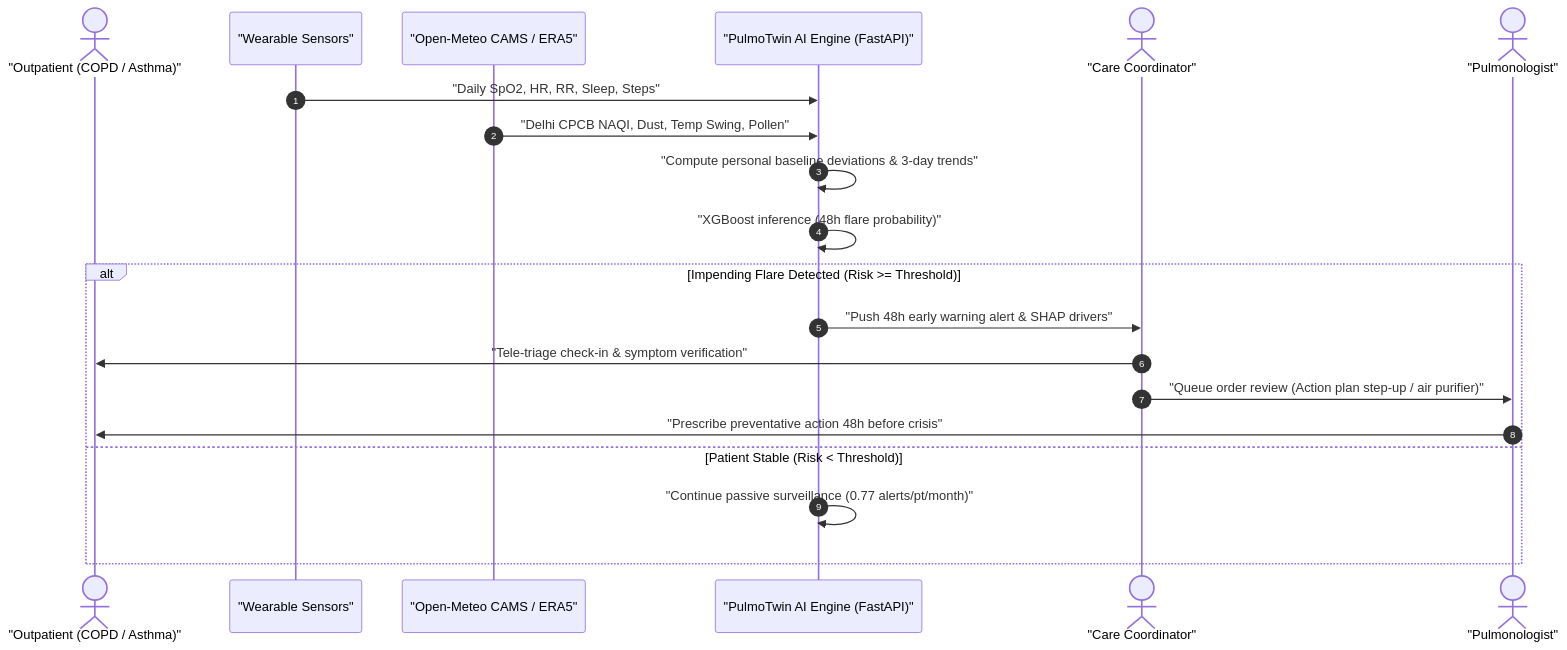
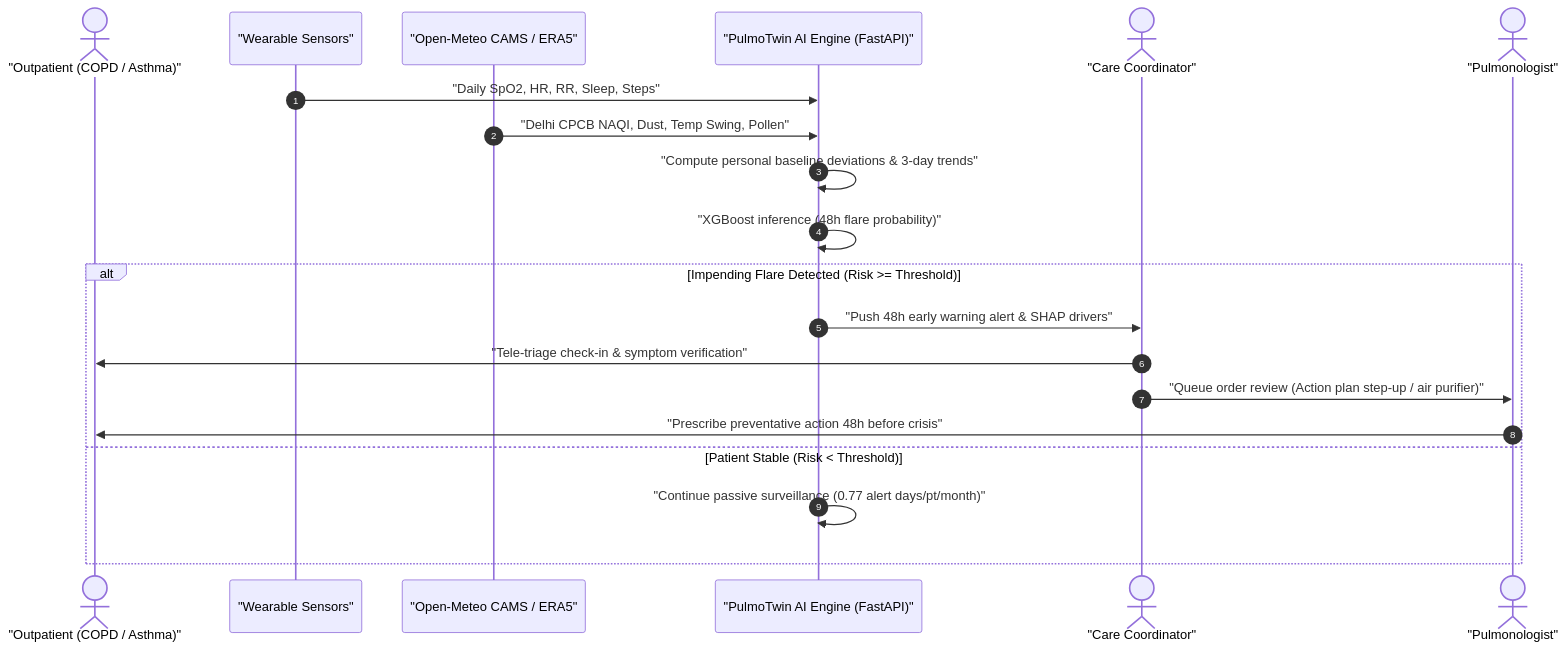
One commit to MonalikaDoda/PulmoTwin changed the first of 2 diagrams in README.md. Above: the diagram before and after it, drawn with Mermaid. The commit also changed other lines of this file and 5 other files, not shown here.

````diff
--- a/README.md
+++ b/README.md
@@ -80,23 +88,23 @@
 ```mermaid
 sequenceDiagram
     autonumber
     actor Patient as "Outpatient (COPD / Asthma)"
     participant Sensors as "Wearable Sensors"
     participant WeatherAPI as "Open-Meteo CAMS / ERA5"
     participant Engine as "PulmoTwin AI Engine (FastAPI)"
     actor Nurse as "Care Coordinator"
     actor Doctor as "Pulmonologist"
 
     Sensors->>Engine: "Daily SpO2, HR, RR, Sleep, Steps"
     WeatherAPI->>Engine: "Delhi CPCB NAQI, Dust, Temp Swing, Pollen"
     Engine->>Engine: "Compute personal baseline deviations & 3-day trends"
     Engine->>Engine: "XGBoost inference (48h flare probability)"
     alt Impending Flare Detected (Risk >= Threshold)
         Engine->>Nurse: "Push 48h early warning alert & SHAP drivers"
         Nurse->>Patient: "Tele-triage check-in & symptom verification"
         Nurse->>Doctor: "Queue order review (Action plan step-up / air purifier)"
         Doctor->>Patient: "Prescribe preventative action 48h before crisis"
     else Patient Stable (Risk < Threshold)
-        Engine->>Engine: "Continue passive surveillance (0.77 alerts/pt/month)"
+        Engine->>Engine: "Continue passive surveillance (0.77 alert days/pt/month)"
     end
 ```
````
